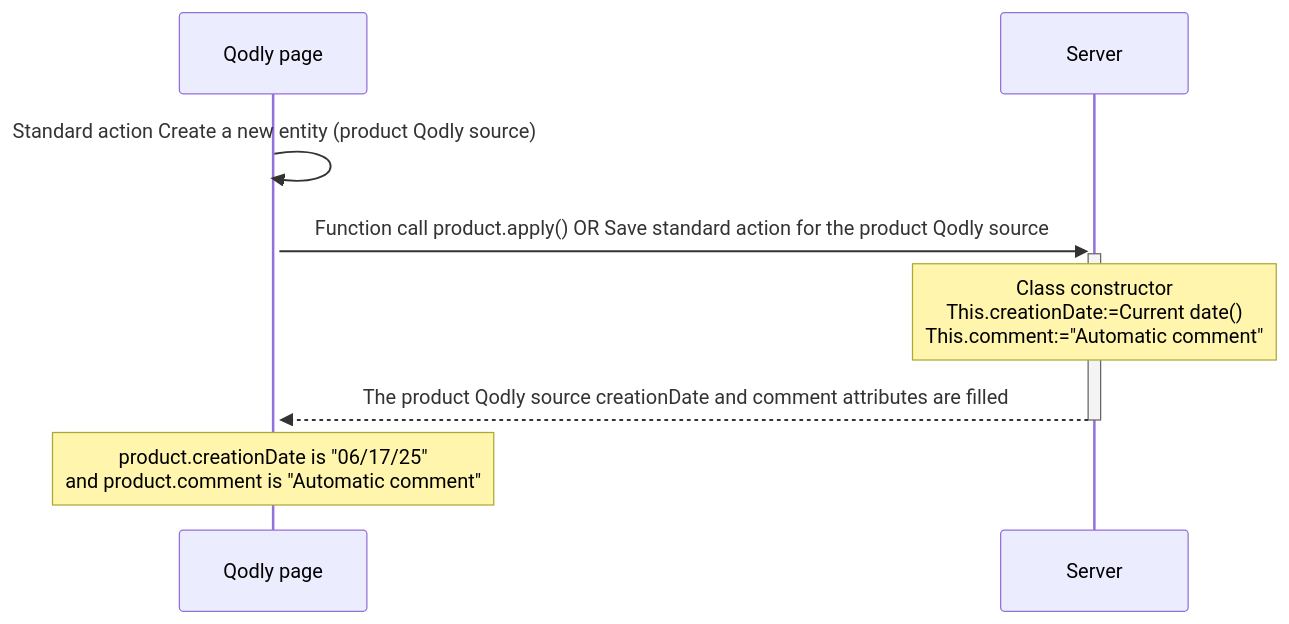
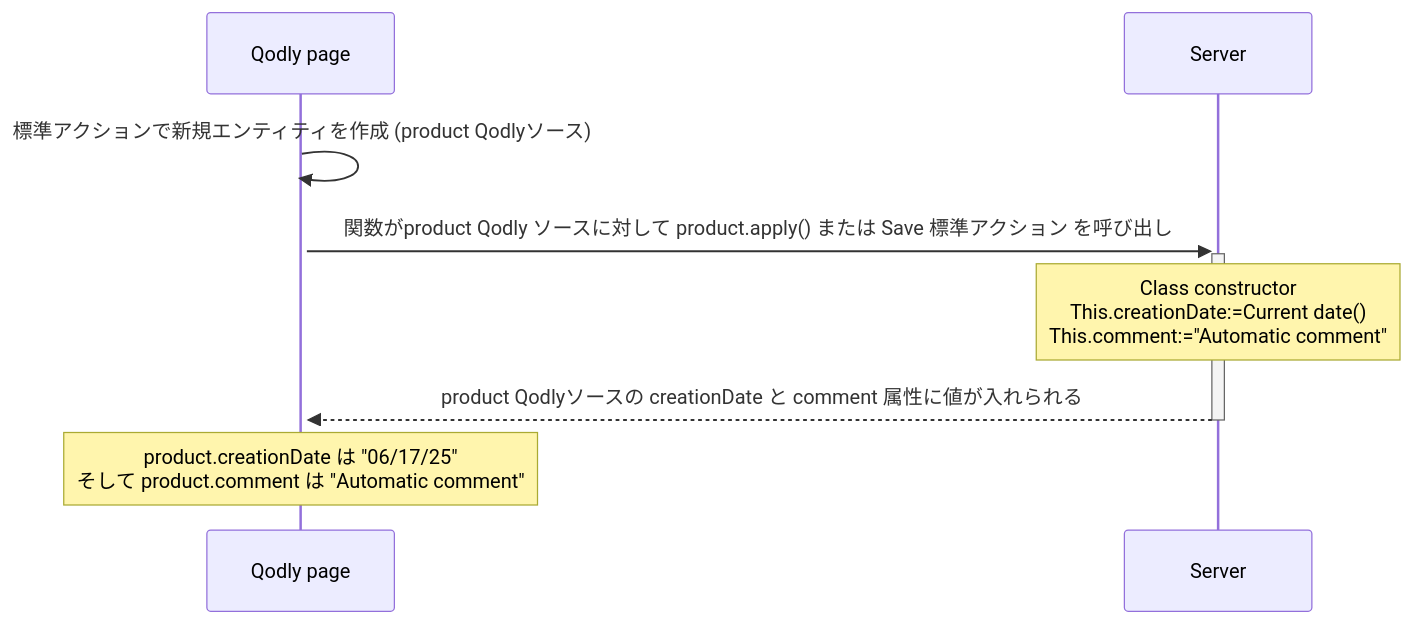
One commit to 4d/docs changed the second of 4 diagrams in i18n/ja/docusaurus-plugin-content-docs/version-20-R10/ORDA/ordaClasses.md. Above: the diagram before and after it, drawn with Mermaid. The commit also changed other lines of this file and 731 other files, not shown here.

````diff
--- a/i18n/ja/docusaurus-plugin-content-docs/version-20-R10/ORDA/ordaClasses.md
+++ b/i18n/ja/docusaurus-plugin-content-docs/version-20-R10/ORDA/ordaClasses.md
@@ -396,15 +396,15 @@
 ```mermaid
 
 sequenceDiagram
 
-    Qodly page->>+   Qodly page: Standard action Create a new entity (product Qodly source)
+    Qodly page->>+   Qodly page: 標準アクションで新規エンティティを作成 (product Qodlyソース)
 
-    Qodly page->>+Server: Function call product.apply() OR Save standard action for the product Qodly source
+    Qodly page->>+Server: 関数がproduct Qodly ソースに対して product.apply() または Save 標準アクション を呼び出し
 
      Note over Server: Class constructor <br> This.creationDate:=Current date() <br>This.comment:="Automatic comment"
 
- Server-->>-Qodly page: The product Qodly source creationDate and comment attributes are filled
+ Server-->>-Qodly page: product Qodlyソースの creationDate と comment 属性に値が入れられる
 
- Note over Qodly page: product.creationDate is "06/17/25" <br> and product.comment is "Automatic comment"
+ Note over Qodly page: product.creationDate は "06/17/25" <br> そして product.comment は "Automatic comment"
 
 ```
````
